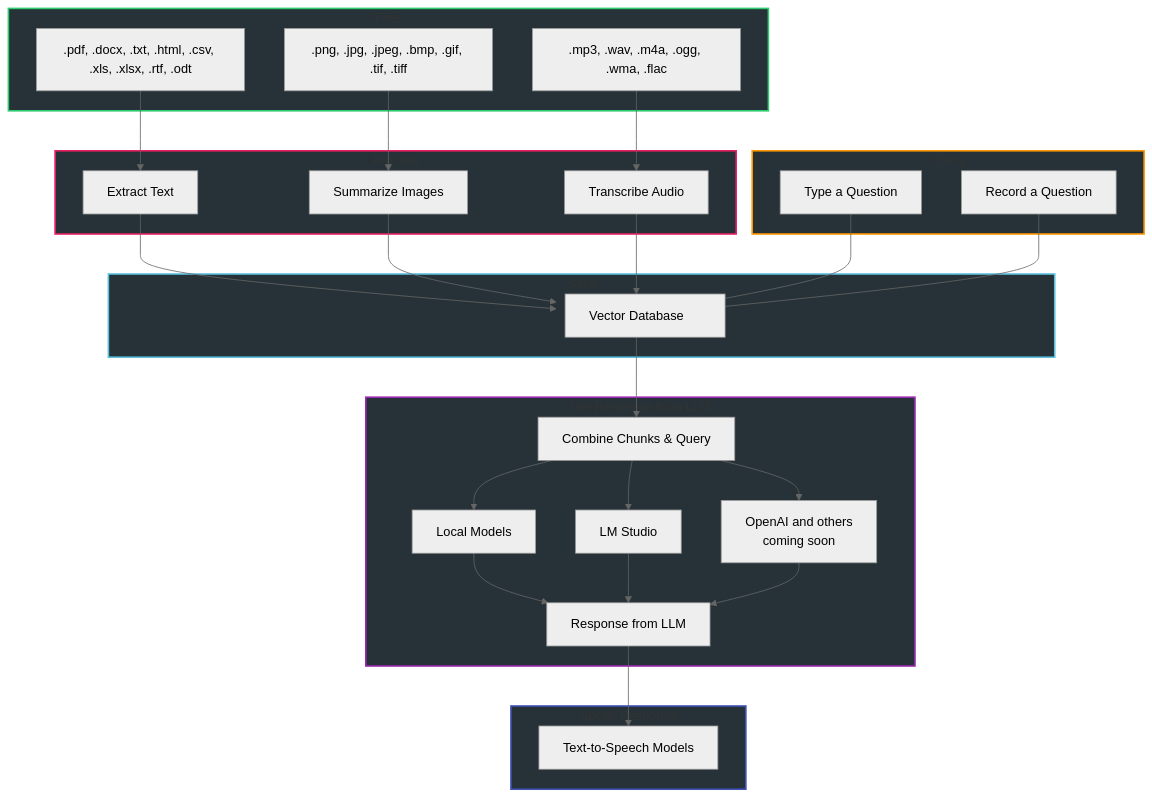
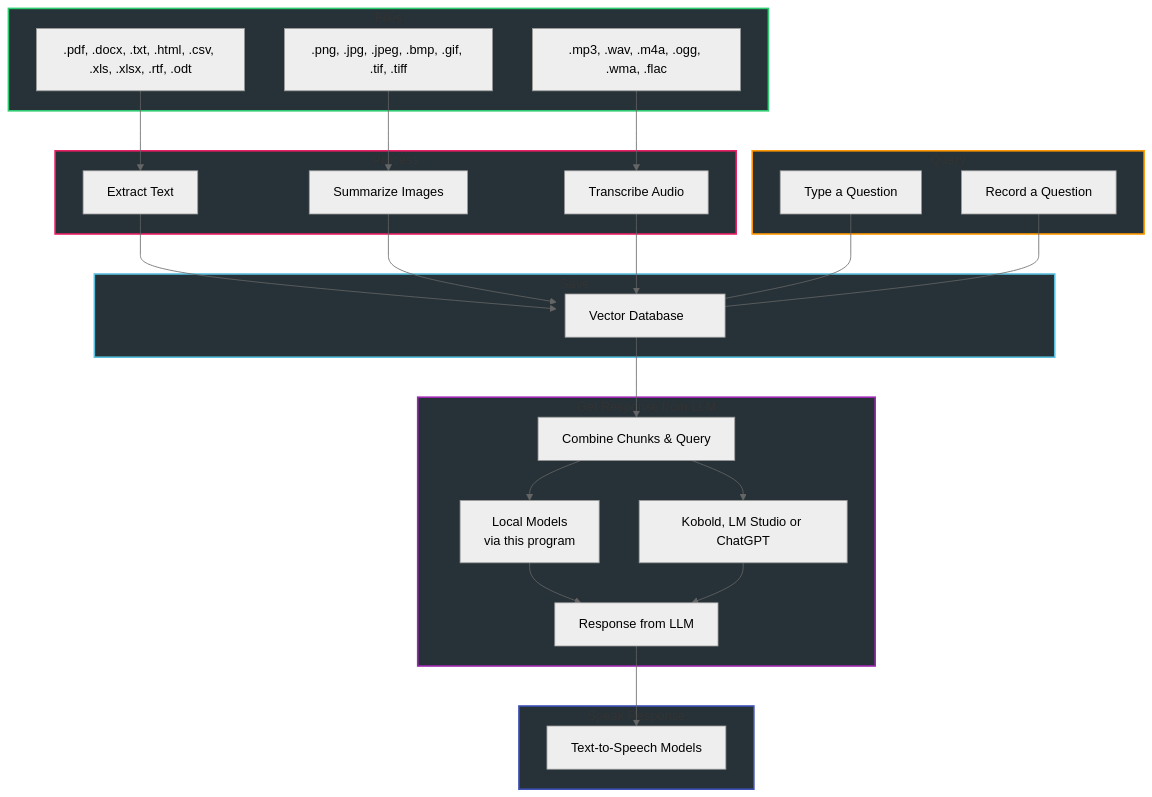
The diagram in README.md (BBC-Esq/VectorDB-Plugin-for-LM-Studio), drawn with Mermaid (neutral theme) before and after one commit.

````diff
--- a/README.md
+++ b/README.md
@@ -18,78 +18,64 @@
 ```mermaid
 graph TD
     %% Define Classes
     classDef inputStyle fill:#263238,stroke:#2ecc71,stroke-width:2px;
     classDef processStyle fill:#263238,stroke:#e91e63,stroke-width:2px;
     classDef outputStyle fill:#263238,stroke:#5bc0de,stroke-width:2px;
     classDef searchStyle fill:#263238,stroke:#ff9800,stroke-width:2px;
     classDef llmStyle fill:#263238,stroke:#9c27b0,stroke-width:2px;
     classDef ttsStyle fill:#263238,stroke:#3f51b5,stroke-width:2px;
     classDef minWidth width:200px;
-
     %% Input Files
     subgraph InputFiles [Files]
         A[.pdf, .docx, .txt, .html, .csv, .xls, .xlsx, .rtf, .odt]
         B[.png, .jpg, .jpeg, .bmp, .gif, .tif, .tiff]
         C[.mp3, .wav, .m4a, .ogg, .wma, .flac]
     end
     class InputFiles inputStyle;
-
     %% Processing
     subgraph Processing [Process]
         D[Extract Text]
         E[Summarize Images]
         F[Transcribe Audio]
     end
     class Processing processStyle;
-
     %% Output
     subgraph Output [Save]
         G[Vector Database]:::minWidth
     end
     class Output outputStyle;
-
     %% Search
     subgraph Search [Query]
         H[Type a Question]
         I[Record a Question]
     end
     class Search searchStyle;
-
     %% LLM
     subgraph LLM [Get Response from LLM]
         J[Combine Chunks & Query]
-        K1[Local Models]
-        K2[LM Studio]
-        K3[OpenAI and others<br/>coming soon]
+        K1[Local Models<br/>via this program]
+        K2[Kobold, LM Studio or ChatGPT]
         K[Response from LLM]
         K1 --> K
         K2 --> K
-        K3 --> K
     end
     class LLM llmStyle;
-
     %% TTS
     subgraph TTS [Speak Response]
         L[Text-to-Speech Models]
     end
     class TTS ttsStyle;
-
     %% Connections
     A --> D
     B --> E
     C --> F
-
     D --> G
     E --> G
     F --> G
-
     H --> G
     I --> G
-
     G --> J
     J --> K1
     J --> K2
-    J --> K3
     K --> L
-
 ```
````
